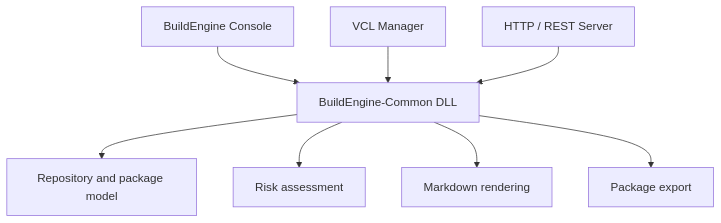
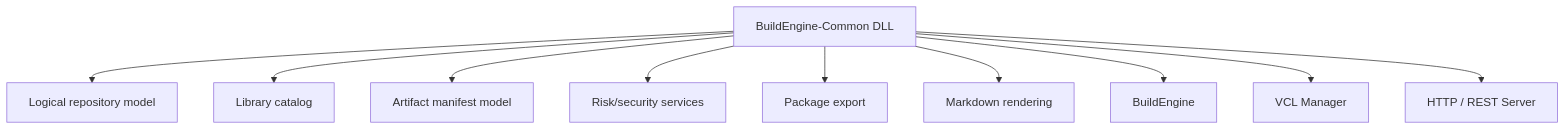
One commit to adeccscholar/BuildEngine-Admin changed the eighth of 8 diagrams in admin/server-docs/buildengine.md. Above: the diagram before and after it, drawn with Mermaid. The commit also changed other lines of this file, not shown here.

Commit message:
Document Common-led extension and artifact architecture

````diff
--- a/admin/server-docs/buildengine.md
+++ b/admin/server-docs/buildengine.md
@@ -249,11 +262,13 @@
 ```mermaid
-graph TD
+flowchart TD
    Common[BuildEngine-Common DLL]
-   Console[BuildEngine Console] --> Common
-   Manager[VCL Manager] --> Common
-   Server[HTTP / REST Server] --> Common
-   Common --> Repository[Repository and package model]
-   Common --> Risk[Risk assessment]
+   Common --> Repo[Logical repository model]
+   Common --> Catalog[Library catalog]
+   Common --> Artifacts[Artifact manifest model]
+   Common --> Risk[Risk/security services]
+   Common --> Export[Package export]
    Common --> Markdown[Markdown rendering]
-   Common --> Export[Package export]
+   Common --> Console[BuildEngine]
+   Common --> Manager[VCL Manager]
+   Common --> Server[HTTP / REST Server]
 ```
````
